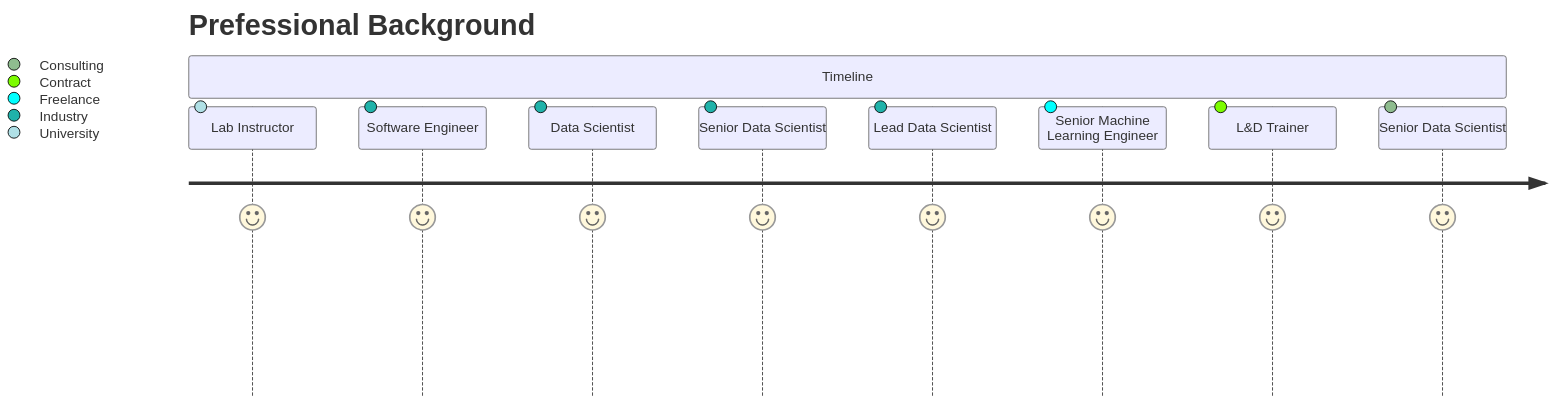
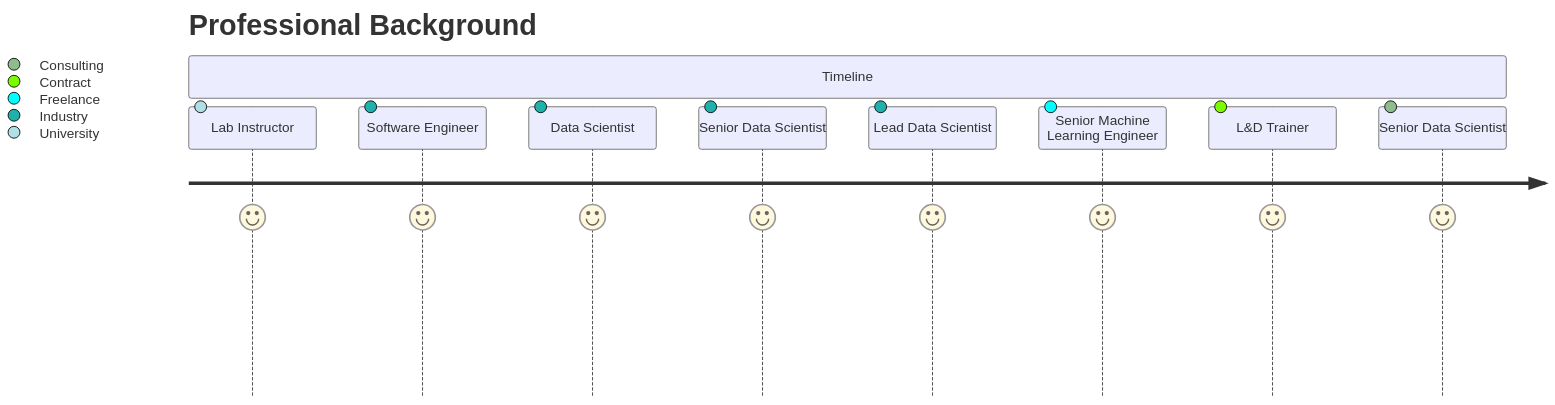
The first of 2 diagrams in README.md (muhammad-ahsan/muhammad-ahsan), drawn with Mermaid before and after one commit.

````diff
--- a/README.md
+++ b/README.md
@@ -12,14 +12,14 @@
 ```mermaid
 
 journey
-    title Prefessional Background
+    title Professional Background
     section Timeline
       Lab Instructor: 7: University
       Software Engineer: 7: Industry
       Data Scientist: 7: Industry
       Senior Data Scientist: 7: Industry
       Lead Data Scientist: 7: Industry
       Senior Machine Learning Engineer: 7: Freelance
       L&D Trainer: 7: Contract
       Senior Data Scientist: 7: Consulting
 ```
````
